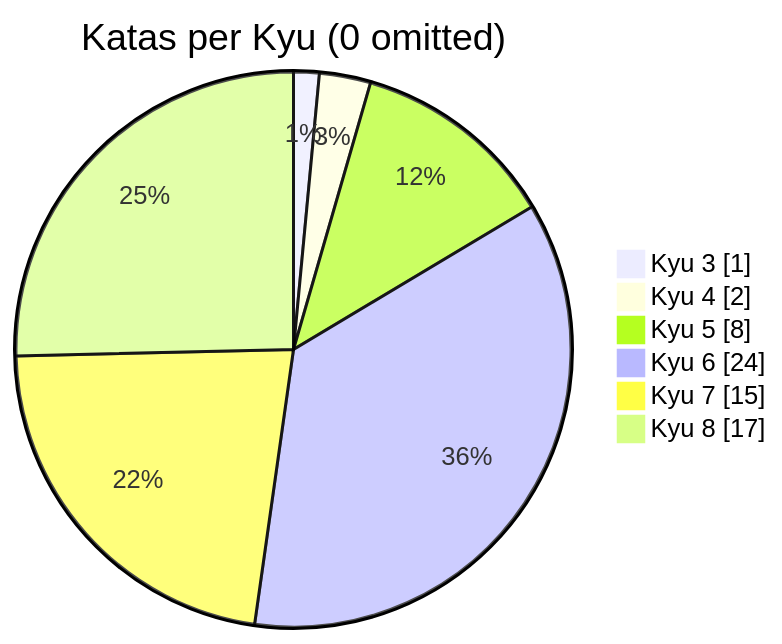
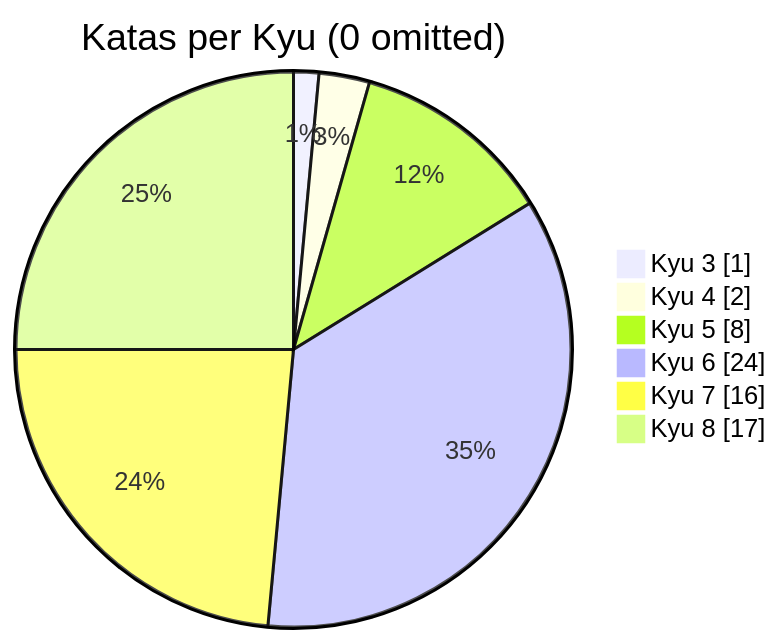
Before and after one commit to MauricioLudwig/codewars-typescript: the diagram in README.md, drawn with Mermaid. The commit also changed other lines of this file, not shown here.

````diff
--- a/README.md
+++ b/README.md
@@ -21,10 +21,10 @@
 ```mermaid
 pie showData
     title Katas per Kyu (0 omitted)
 	"Kyu 3": 1
 	"Kyu 4": 2
 	"Kyu 5": 8
 	"Kyu 6": 24
-	"Kyu 7": 15
+	"Kyu 7": 16
 	"Kyu 8": 17
 ```
````
